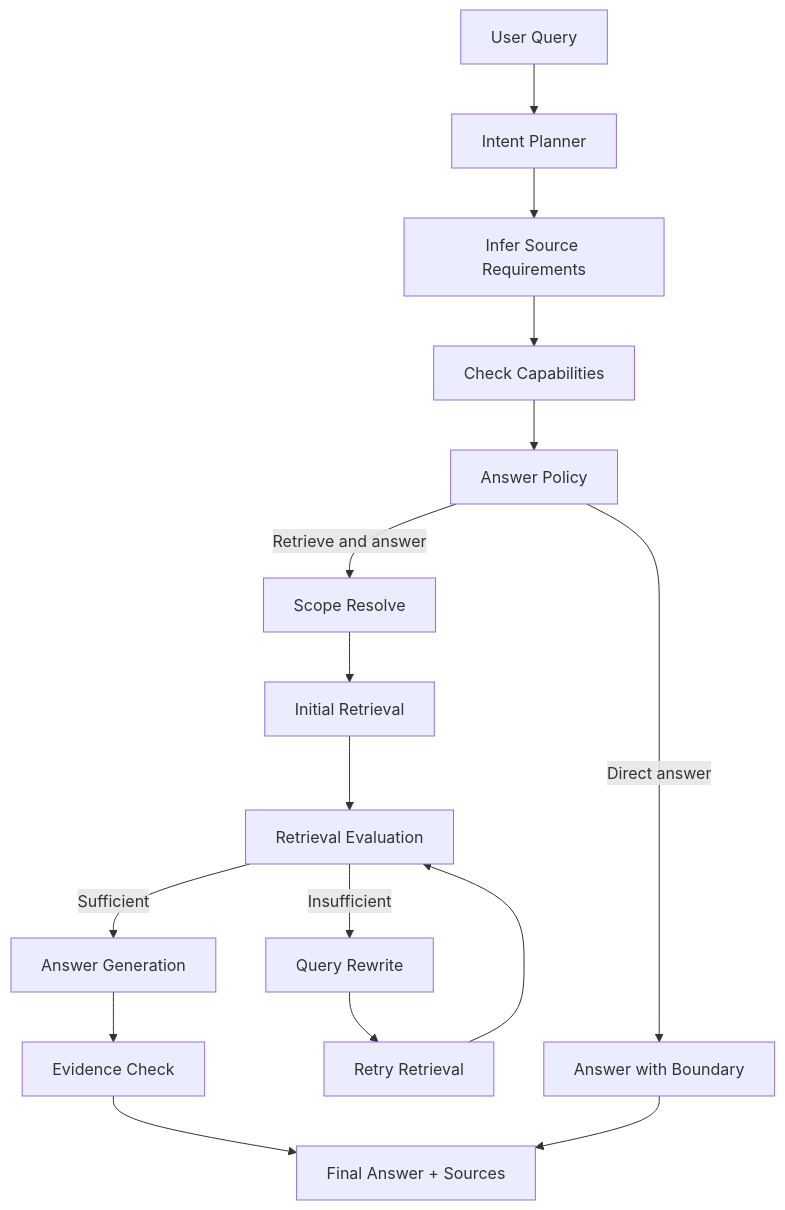
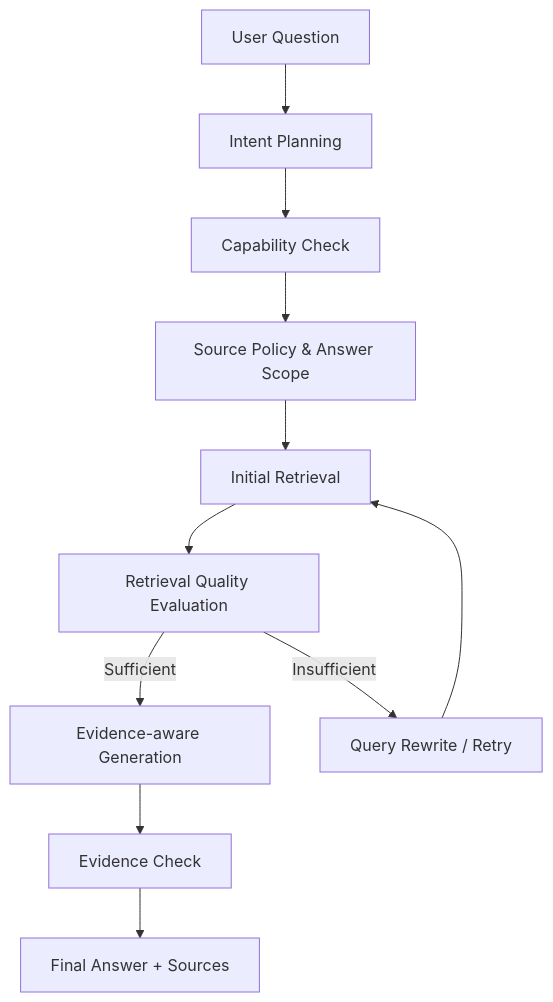
The third of 3 diagrams in README.md (zebir-sir/agentic-rag-paper-assistant), drawn with Mermaid before and after one commit. The commit also changed other lines of this file and 77 other files, not shown here.

````diff
--- a/README.md
+++ b/README.md
@@ -213,19 +150,13 @@
 ```mermaid
 flowchart TD
-    Q[User Query] --> P[Intent Planner]
-    P --> SR[Infer Source Requirements]
-    SR --> Cap[Check Capabilities]
-    Cap --> Policy[Answer Policy]
-
-    Policy -->|Direct answer| A[Answer with Boundary]
-    Policy -->|Retrieve and answer| S[Scope Resolve]
+    Q[User Question] --> P[Intent Planning]
+    P --> C[Capability Check]
+    C --> S[Source Policy & Answer Scope]
     S --> R[Initial Retrieval]
-    R --> G[Retrieval Evaluation]
-    G -->|Sufficient| AG[Answer Generation]
-    G -->|Insufficient| W[Query Rewrite]
-    W --> R2[Retry Retrieval]
-    R2 --> G
-    AG --> EC[Evidence Check]
-    EC --> F[Final Answer + Sources]
-    A --> F
+    R --> G[Retrieval Quality Evaluation]
+    G -->|Sufficient| A[Evidence-aware Generation]
+    G -->|Insufficient| W[Query Rewrite / Retry]
+    W --> R
+    A --> E[Evidence Check]
+    E --> F[Final Answer + Sources]
 ```
````
